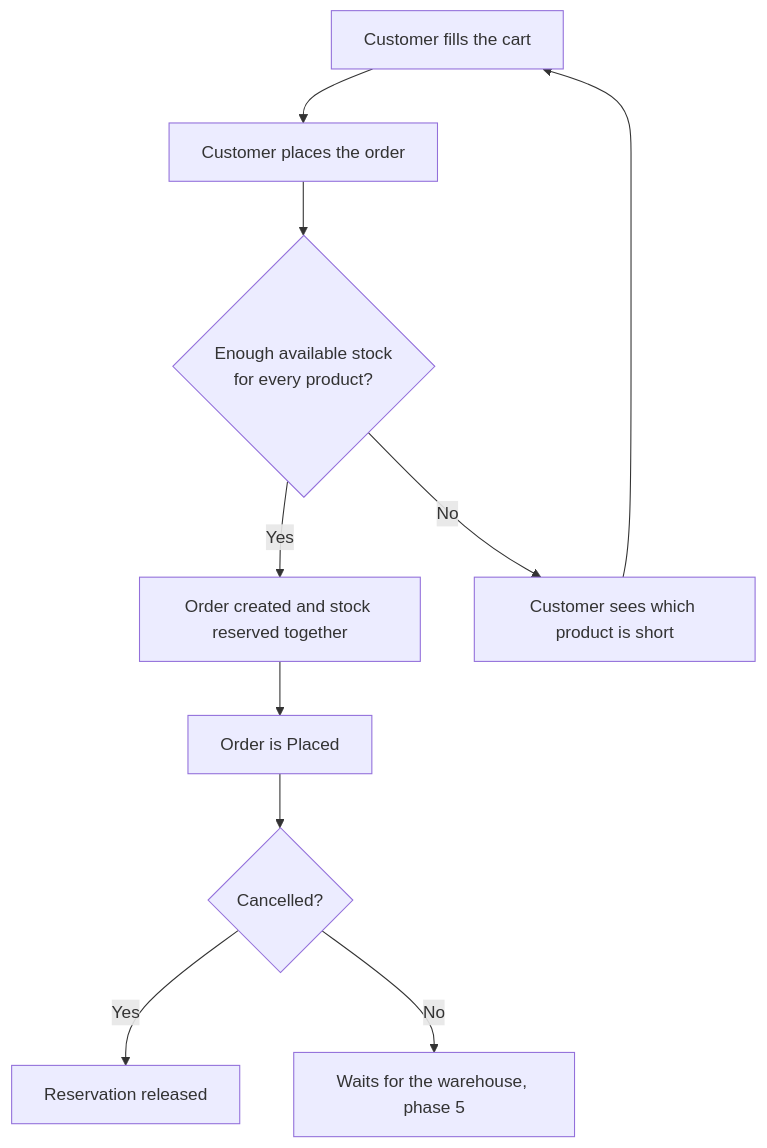
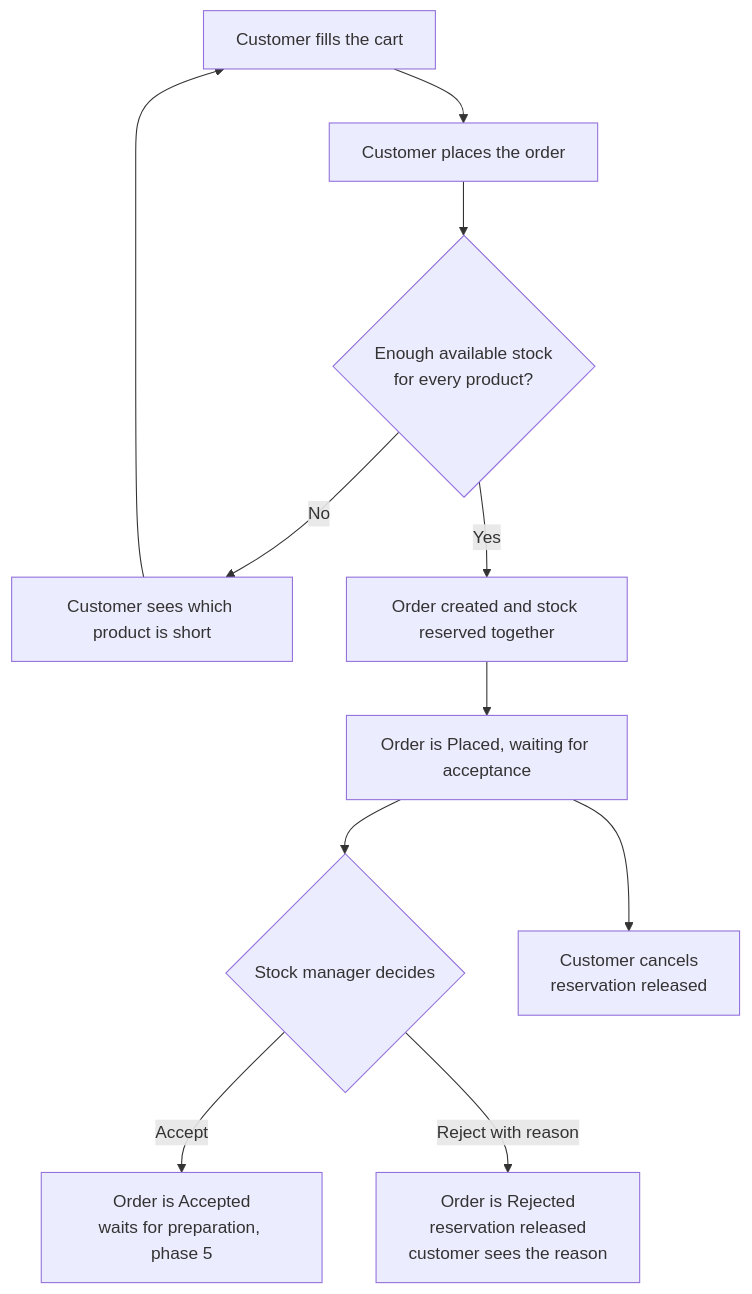
One commit to AhmedElnagarUU/Cosmo changed the diagram in docs/sub-plans/04-customer-ordering.md. Above: the diagram before and after it, drawn with Mermaid. The commit also changed other lines of this file and 33 other files, not shown here.

First line of the commit message:
Update plan: manual order acceptance, new roles, payment confirmation

````diff
--- a/docs/sub-plans/04-customer-ordering.md
+++ b/docs/sub-plans/04-customer-ordering.md
@@ -39,12 +42,13 @@
 ```mermaid
 flowchart TD
     A[Customer fills the cart] --> B[Customer places the order]
     B --> C{Enough available stock<br/>for every product?}
-    C -- Yes --> D[Order created and stock reserved together]
     C -- No --> E[Customer sees which product is short]
     E --> A
-    D --> F[Order is Placed]
-    F --> G{Cancelled?}
-    G -- Yes --> H[Reservation released]
-    G -- No --> I[Waits for the warehouse, phase 5]
+    C -- Yes --> D[Order created and stock reserved together]
+    D --> F[Order is Placed, waiting for acceptance]
+    F --> G{Stock manager decides}
+    G -- Accept --> H[Order is Accepted<br/>waits for preparation, phase 5]
+    G -- Reject with reason --> I[Order is Rejected<br/>reservation released<br/>customer sees the reason]
+    F --> J[Customer cancels<br/>reservation released]
 ```
````
